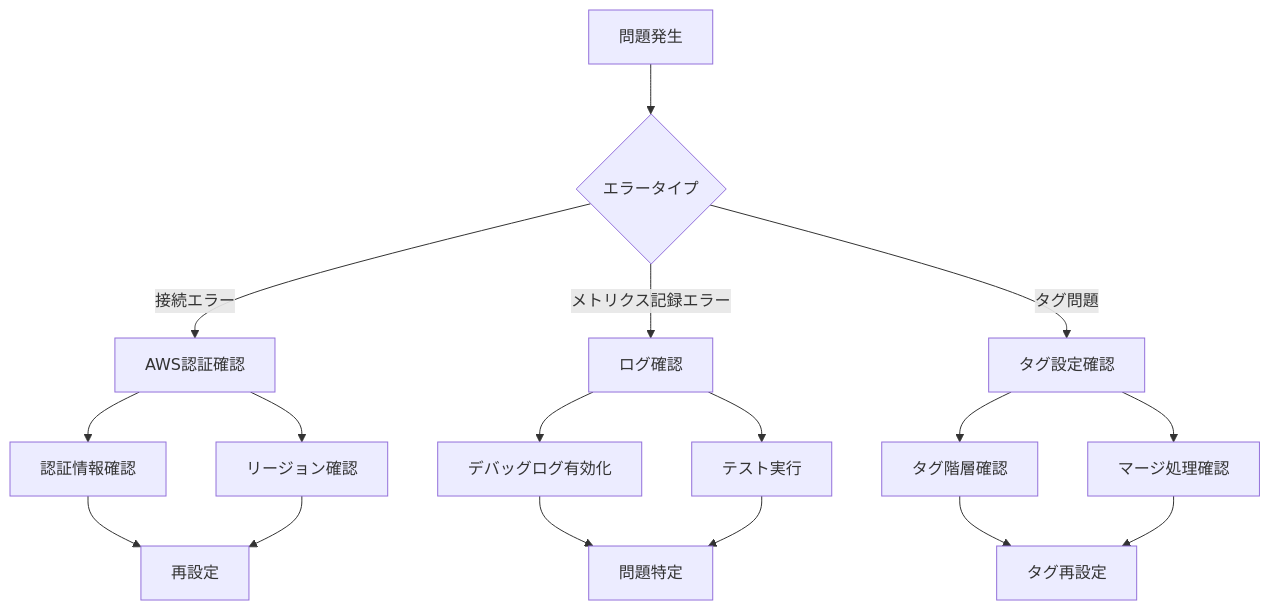
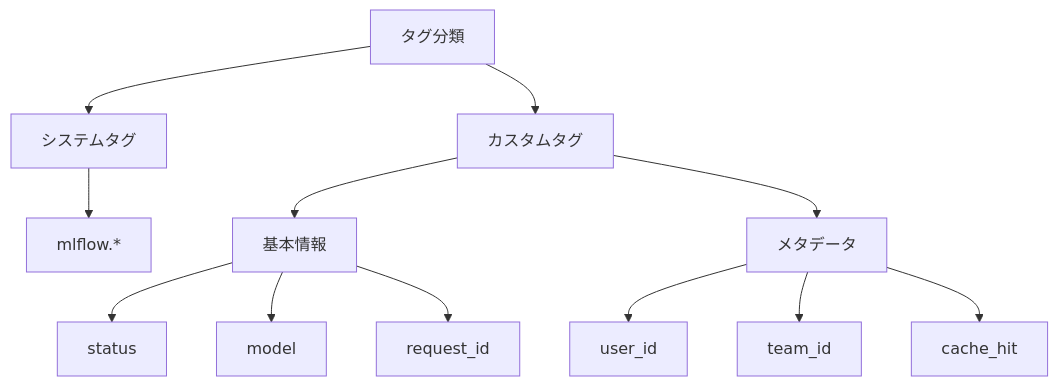
Before and after one commit to littlemex/aws-samples: the fourth of 4 diagrams in workshops/ai-coding-workshop/cline/5.mlflow/README.md, drawn with Mermaid. The commit also changed other lines of this file and 1 other file, not shown here.

````diff
--- a/workshops/ai-coding-workshop/cline/5.mlflow/README.md
+++ b/workshops/ai-coding-workshop/cline/5.mlflow/README.md
@@ -442,24 +143,18 @@
 ```mermaid
-flowchart TD
-    A[問題発生] --> B{エラータイプ}
+graph TD
+    A[タグ分類] --> B[システムタグ]
+    A --> C[カスタムタグ]
     
-    B -->|接続エラー| C[AWS認証確認]
-    B -->|メトリクス記録エラー| D[ログ確認]
-    B -->|タグ問題| E[タグ設定確認]
+    B --> D[mlflow.*]
     
-    C --> F[認証情報確認]
-    C --> G[リージョン確認]
+    C --> E[基本情報]
+    C --> F[メタデータ]
     
-    D --> H[デバッグログ有効化]
-    D --> I[テスト実行]
+    E --> G[status]
+    E --> H[model]
+    E --> I[request_id]
     
-    E --> J[タグ階層確認]
-    E --> K[マージ処理確認]
-    
-    F --> L[再設定]
-    G --> L
-    H --> M[問題特定]
-    I --> M
-    J --> N[タグ再設定]
-    K --> N
+    F --> J[user_id]
+    F --> K[team_id]
+    F --> L[cache_hit]
 ```
````
